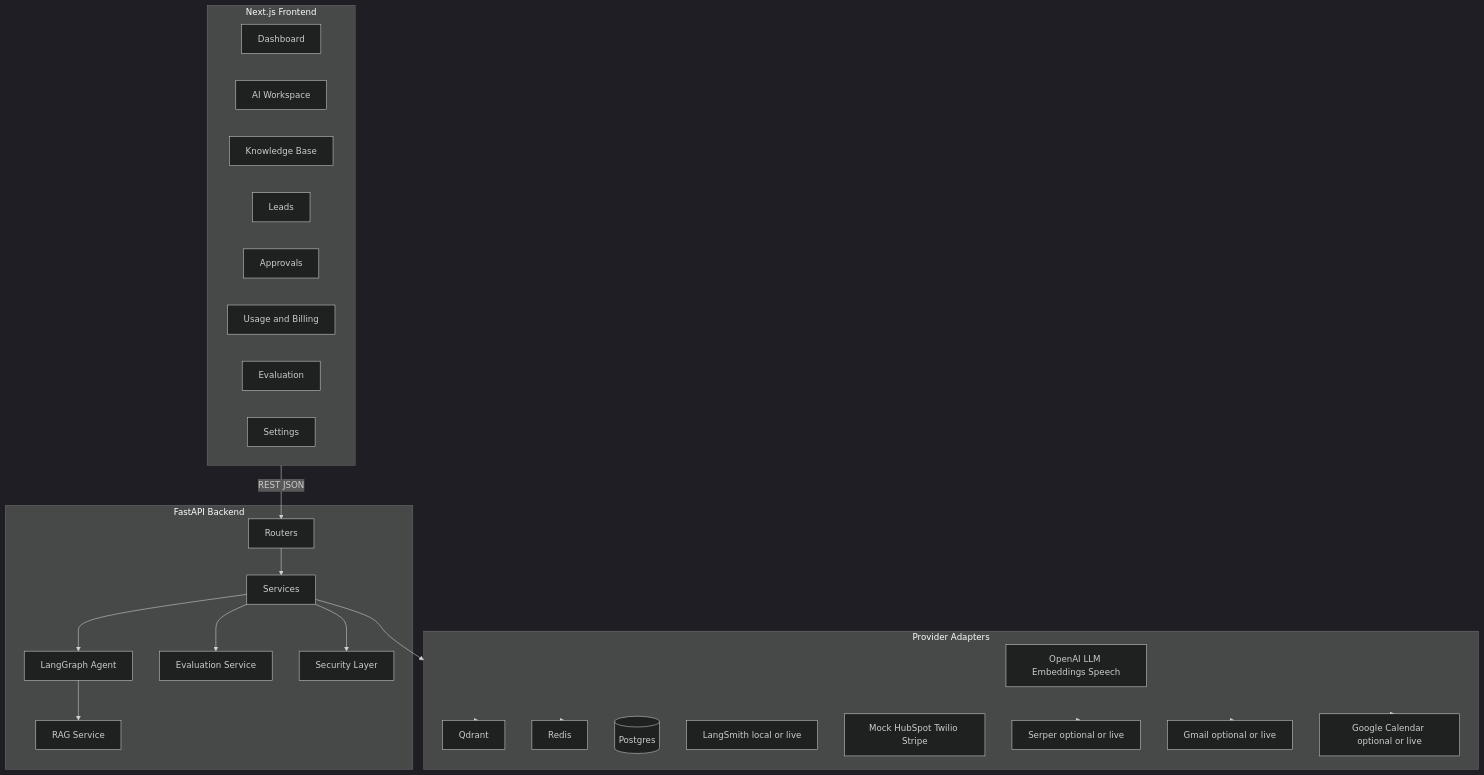
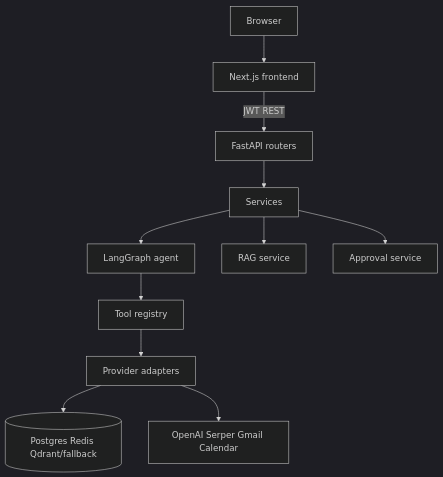
The diagram in README.md (Fejjii/OnePilot-AI), drawn with Mermaid (dark theme) before and after one commit. The commit also changed other lines of this file, not shown here.

````diff
--- a/README.md
+++ b/README.md
@@ -149,47 +33,13 @@
 ```mermaid
 flowchart TB
-    subgraph Frontend ["Next.js Frontend"]
-        Dashboard[Dashboard]
-        Workspace[AI Workspace]
-        Knowledge[Knowledge Base]
-        Leads[Leads]
-        Approvals[Approvals]
-        Usage[Usage and Billing]
-        Evaluation[Evaluation]
-        Settings[Settings]
-    end
-
-    subgraph Backend ["FastAPI Backend"]
-        Routers[Routers]
-        Services[Services]
-        Agent[LangGraph Agent]
-        RAG[RAG Service]
-        EvalSvc[Evaluation Service]
-        Security[Security Layer]
-    end
-
-    subgraph Providers ["Provider Adapters"]
-        OpenAI[OpenAI LLM Embeddings Speech]
-        Qdrant[Qdrant]
-        Redis[Redis]
-        Postgres[(Postgres)]
-        LangSmith[LangSmith local or live]
-        Mocks[Mock HubSpot Twilio Stripe]
-        Serper[Serper optional or live]
-        Gmail[Gmail optional or live]
-        GCal[Google Calendar optional or live]
-    end
-
-    Frontend -->|REST JSON| Routers
-    Routers --> Services
-    Services --> Agent
-    Agent --> RAG
-    Services --> EvalSvc
-    Services --> Security
-    Services --> Providers
-    Providers --> Serper
-    Providers --> Gmail
-    Providers --> GCal
-    Providers --> Qdrant
-    Providers --> Redis
+    User[Browser] --> FE[Next.js frontend]
+    FE -->|JWT REST| API[FastAPI routers]
+    API --> Services[Services]
+    Services --> Agent[LangGraph agent]
+    Services --> RAG[RAG service]
+    Services --> HITL[Approval service]
+    Agent --> Tools[Tool registry]
+    Tools --> Providers[Provider adapters]
+    Providers --> Data[(Postgres Redis Qdrant/fallback)]
+    Providers --> Ext[OpenAI Serper Gmail Calendar]
 ```
````
